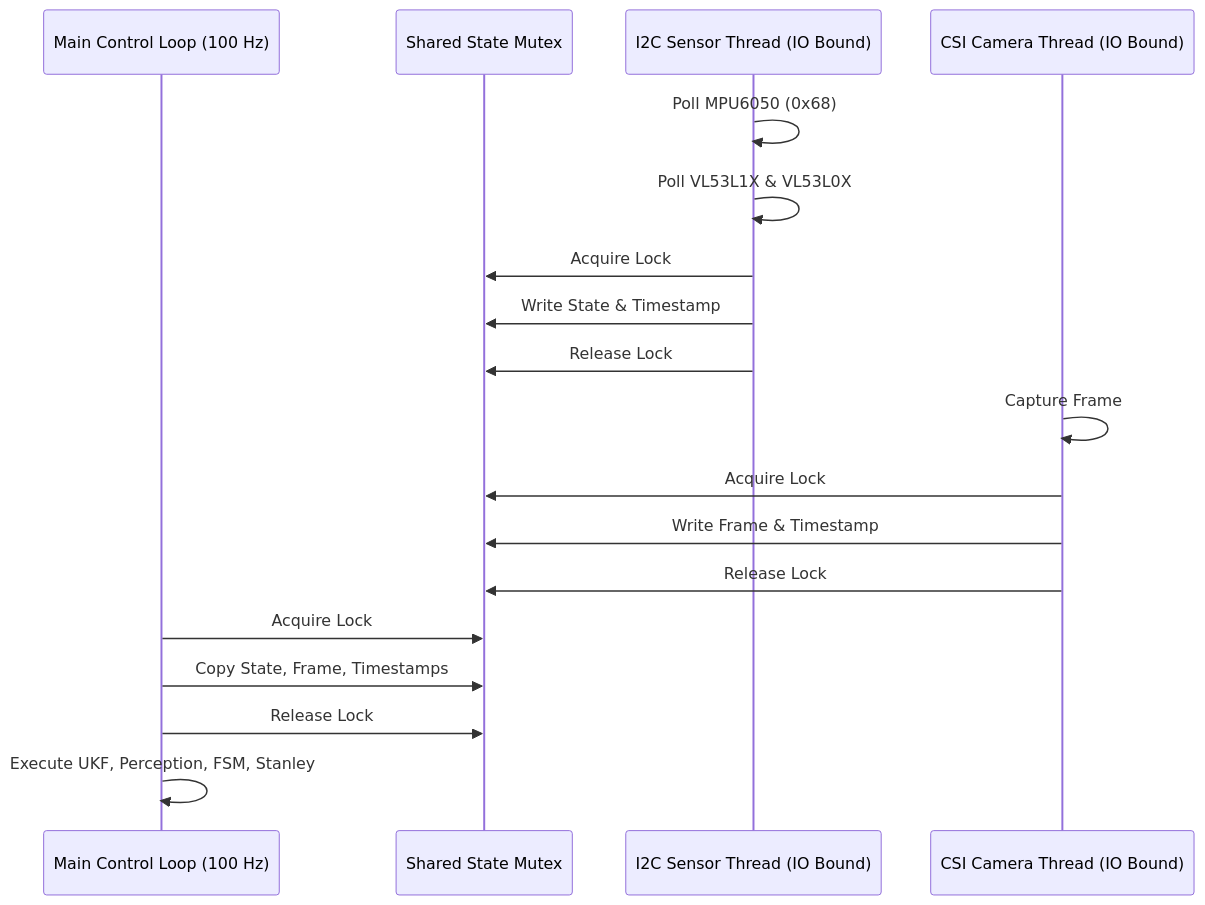
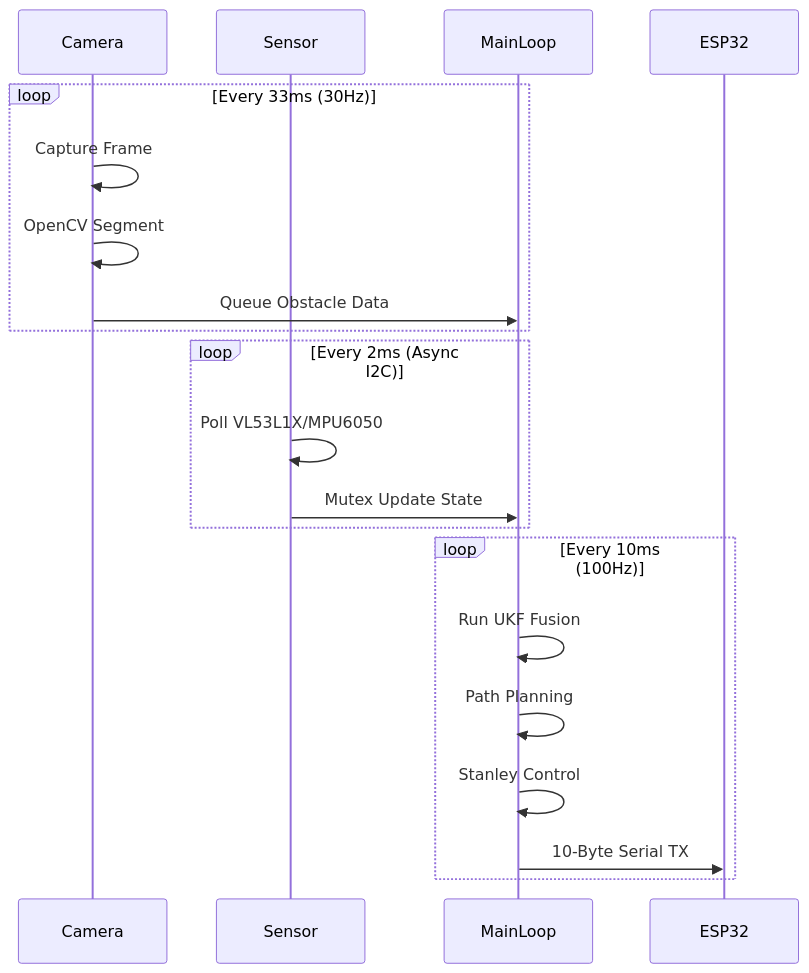
The first of 3 diagrams in docs/03_software.md (SHRUT6633/car), drawn with Mermaid before and after one commit. The commit also changed other lines of this file and 6 other files, not shown here.

````diff
--- a/docs/03_software.md
+++ b/docs/03_software.md
@@ -81,23 +56,25 @@
 ```mermaid
 sequenceDiagram
-    participant MainLoop as Main Control Loop (100 Hz)
-    participant Mutex as Shared State Mutex
-    participant SensorThread as I2C Sensor Thread (IO Bound)
-    participant CamThread as CSI Camera Thread (IO Bound)
-
-    SensorThread->>SensorThread: Poll MPU6050 (0x68)
-    SensorThread->>SensorThread: Poll VL53L1X & VL53L0X
-    SensorThread->>Mutex: Acquire Lock
-    SensorThread->>Mutex: Write State & Timestamp
-    SensorThread->>Mutex: Release Lock
-
-    CamThread->>CamThread: Capture Frame
-    CamThread->>Mutex: Acquire Lock
-    CamThread->>Mutex: Write Frame & Timestamp
-    CamThread->>Mutex: Release Lock
-
-    MainLoop->>Mutex: Acquire Lock
-    MainLoop->>Mutex: Copy State, Frame, Timestamps
-    MainLoop->>Mutex: Release Lock
-    MainLoop->>MainLoop: Execute UKF, Perception, FSM, Stanley
+    participant Camera
+    participant Sensor
+    participant MainLoop
+    participant ESP32
+    
+    loop Every 33ms (30Hz)
+        Camera->>Camera: Capture Frame
+        Camera->>Camera: OpenCV Segment
+        Camera->>MainLoop: Queue Obstacle Data
+    end
+    
+    loop Every 2ms (Async I2C)
+        Sensor->>Sensor: Poll VL53L1X/MPU6050
+        Sensor->>MainLoop: Mutex Update State
+    end
+    
+    loop Every 10ms (100Hz)
+        MainLoop->>MainLoop: Run UKF Fusion
+        MainLoop->>MainLoop: Path Planning
+        MainLoop->>MainLoop: Stanley Control
+        MainLoop->>ESP32: 10-Byte Serial TX
+    end
 ```
````
